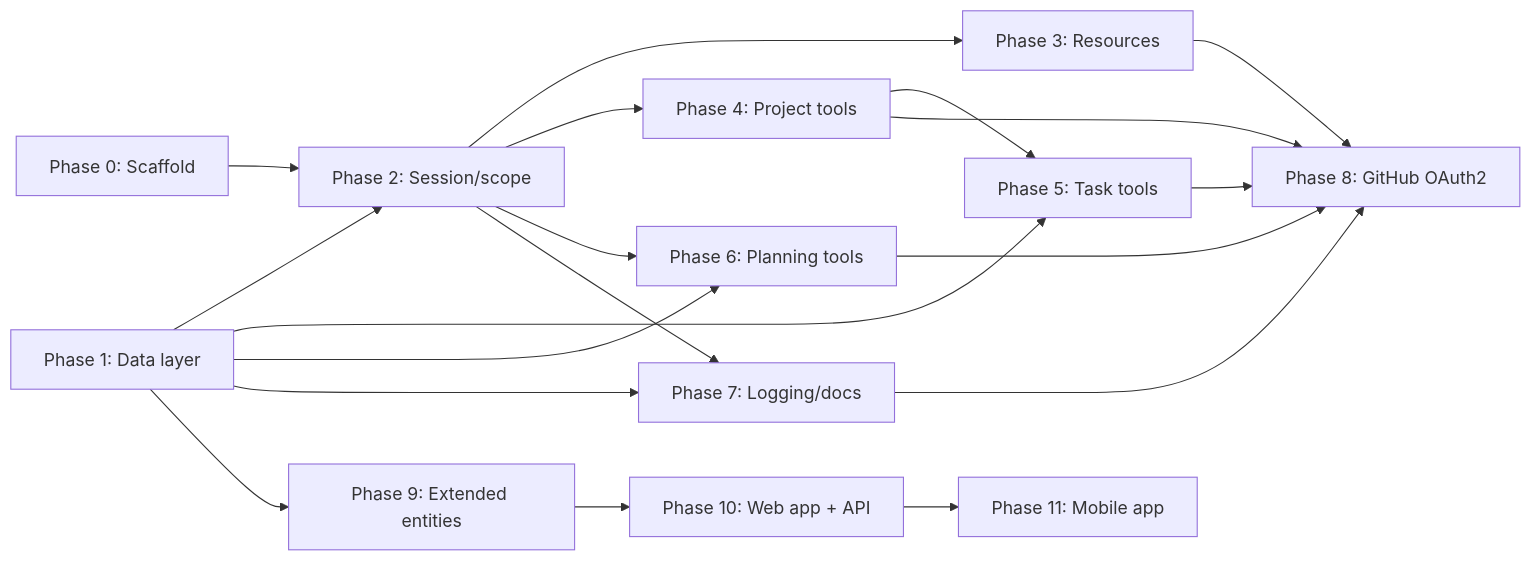
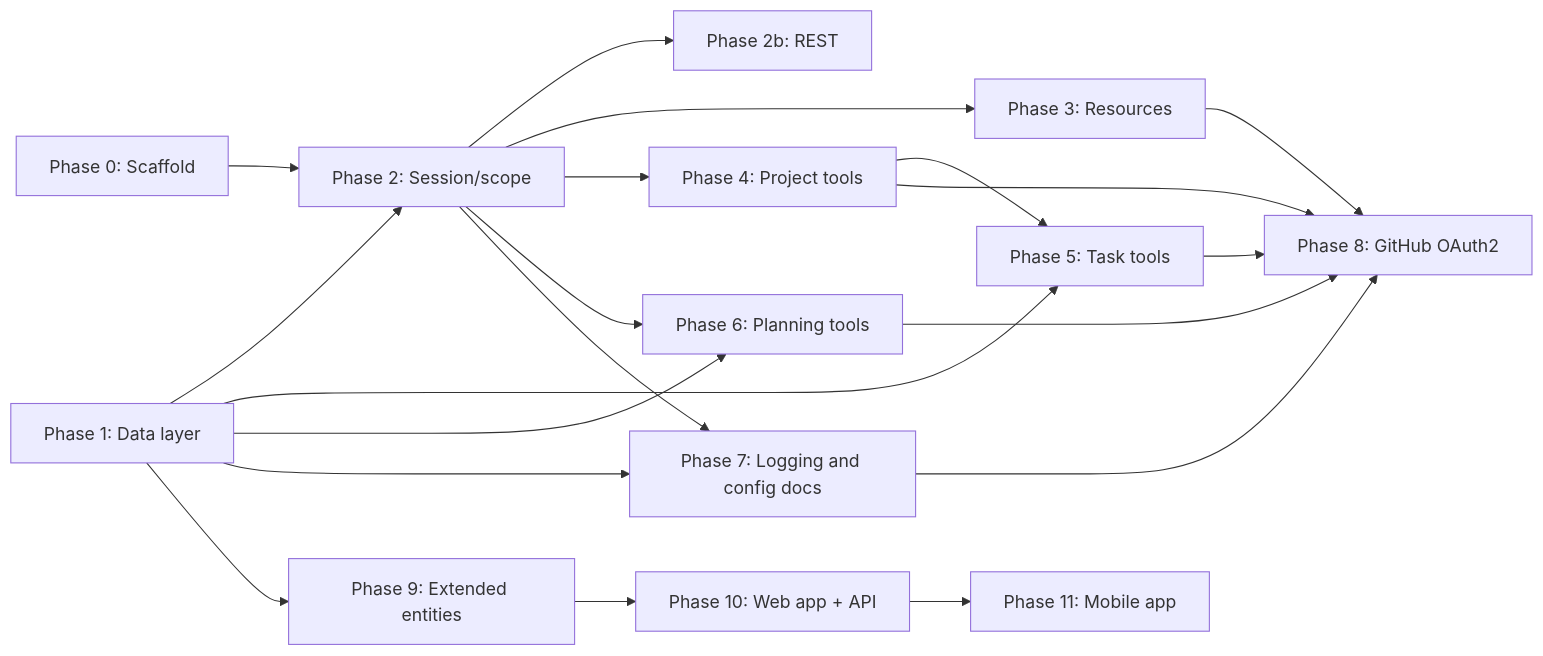
Before and after one commit to sharpninja/project-mcp: the diagram in docs/11-implementation-plan.md, drawn with Mermaid. The commit also changed other lines of this file and 23 other files, not shown here.

````diff
--- a/docs/11-implementation-plan.md
+++ b/docs/11-implementation-plan.md
@@ -395,34 +456,36 @@
 ```mermaid
 flowchart LR
   P0[Phase 0: Scaffold]
   P1[Phase 1: Data layer]
   P2[Phase 2: Session/scope]
   P3[Phase 3: Resources]
   P4[Phase 4: Project tools]
   P5[Phase 5: Task tools]
   P6[Phase 6: Planning tools]
-  P7[Phase 7: Logging/docs]
+  P2b[Phase 2b: REST]
+  P7[Phase 7: Logging and config docs]
   P8[Phase 8: GitHub OAuth2]
   P9[Phase 9: Extended entities]
   P10[Phase 10: Web app + API]
   P11[Phase 11: Mobile app]
 
   P0 --> P2
   P1 --> P2
+  P2 --> P2b
   P2 --> P3
   P2 --> P4
   P4 --> P5
   P1 --> P5
   P1 --> P6
   P2 --> P6
   P1 --> P7
   P2 --> P7
   P3 --> P8
   P4 --> P8
   P5 --> P8
   P6 --> P8
   P7 --> P8
   P1 --> P9
   P9 --> P10
   P10 --> P11
 ```
````
